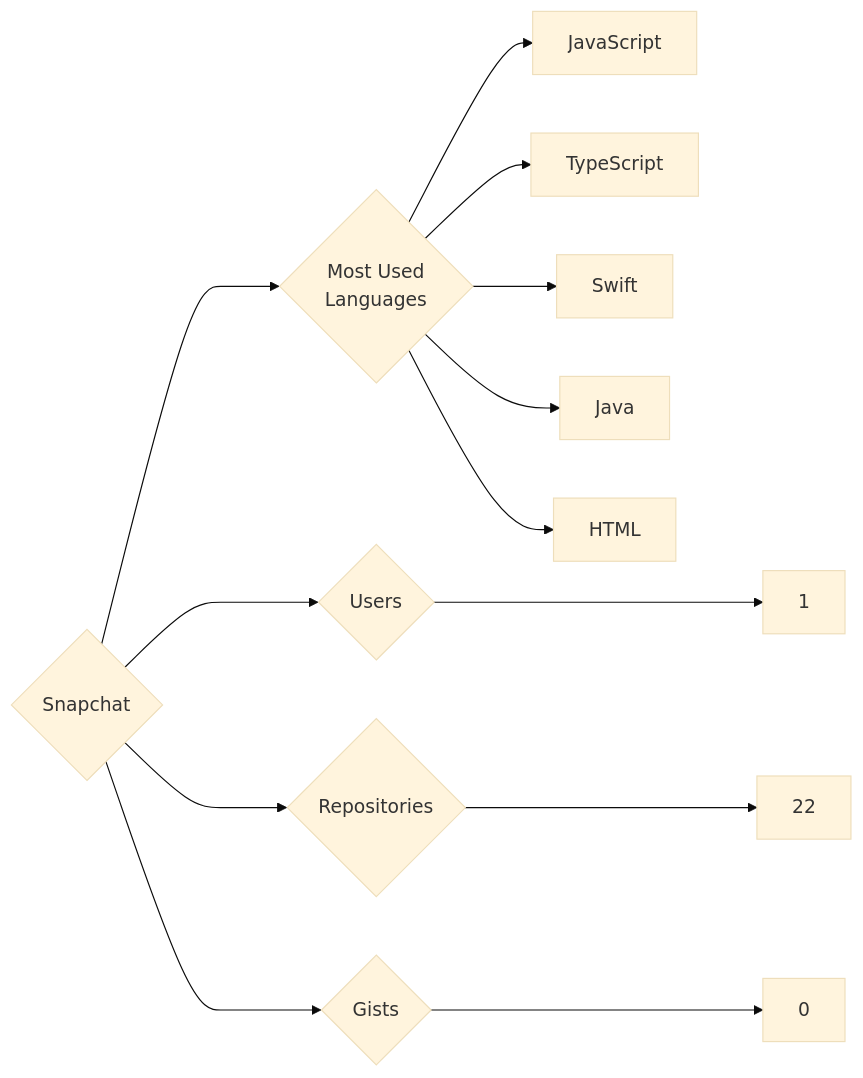
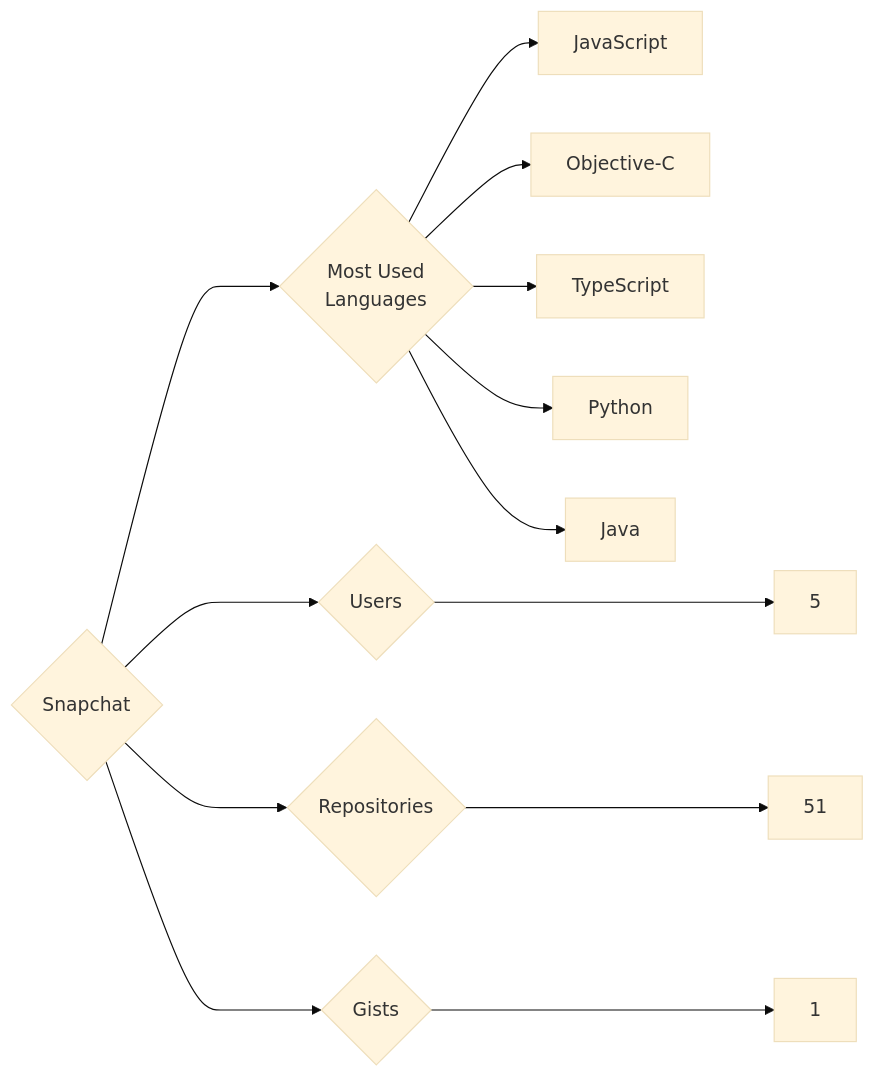
One commit to trickest/insiders changed the diagram in targets/Snapchat/README.md. Above: the diagram before and after it, drawn with Mermaid (base theme). The commit also changed 997 other files, not shown here.

````diff
--- a/targets/Snapchat/README.md
+++ b/targets/Snapchat/README.md
@@ -3,13 +3,13 @@
 ```mermaid
 graph LR
 COMPANY_NAME{Snapchat}
-COMPANY_NAME ---> U{Users} ---> UN[1]
-COMPANY_NAME ---> R{Repositories} ---> RN[22]
-COMPANY_NAME ---> G{Gists} ---> GN[0]
+COMPANY_NAME ---> U{Users} ---> UN[5]
+COMPANY_NAME ---> R{Repositories} ---> RN[51]
+COMPANY_NAME ---> G{Gists} ---> GN[1]
 COMPANY_NAME ---> ML{Most Used<br>Languages}
-ML --> JavaScript
-ML --> TypeScript
-ML --> Swift
-ML --> Java
-ML --> HTML
+ML --> JavaScript[JavaScript]
+ML --> Objective-C[Objective-C]
+ML --> TypeScript[TypeScript]
+ML --> Python[Python]
+ML --> Java[Java]
 ```
````
